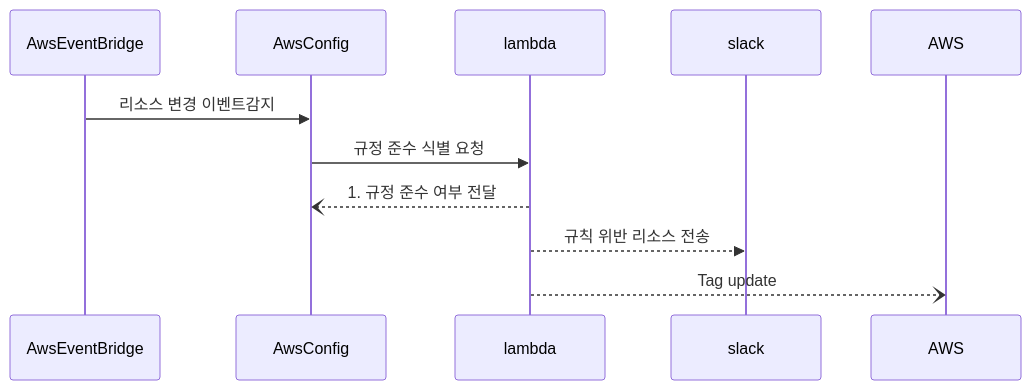
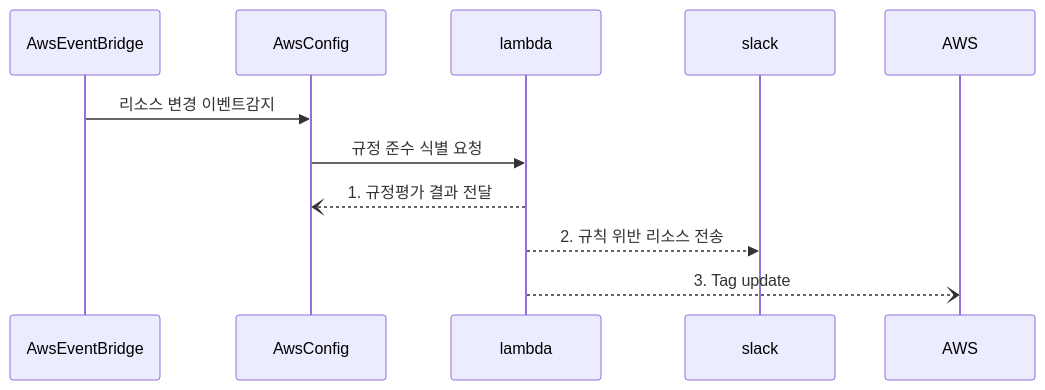
Before and after one commit to kimutae1/payhere-report: the diagram in notag-user.md, drawn with Mermaid. The commit also changed other lines of this file and 11 other files, not shown here.

````diff
--- a/notag-user.md
+++ b/notag-user.md
@@ -2,8 +2,8 @@
 ```mermaid
 sequenceDiagram
     AwsEventBridge ->> AwsConfig: 리소스 변경 이벤트감지
     AwsConfig ->> lambda: 규정 준수 식별 요청
-    lambda --) AwsConfig: 1. 규정 준수 여부 전달
-    lambda -->> slack: 규칙 위반 리소스 전송
-    lambda --) AWS: Tag update
+    lambda --) AwsConfig: 1. 규정평가 결과 전달
+    lambda -->> slack: 2. 규칙 위반 리소스 전송
+    lambda --) AWS: 3. Tag update
 ```
````
